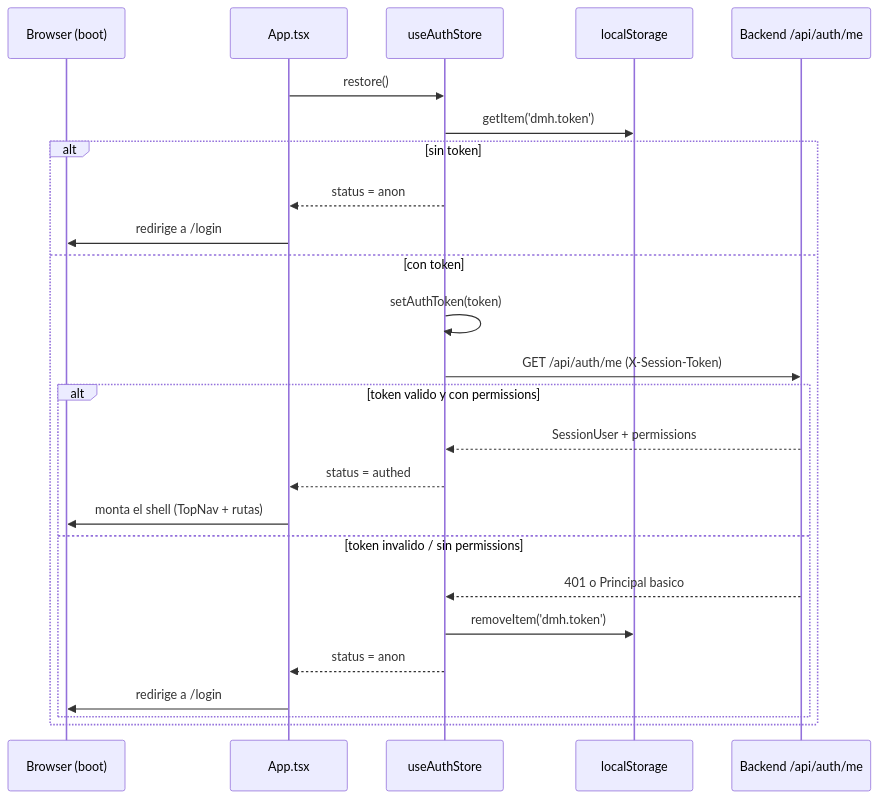
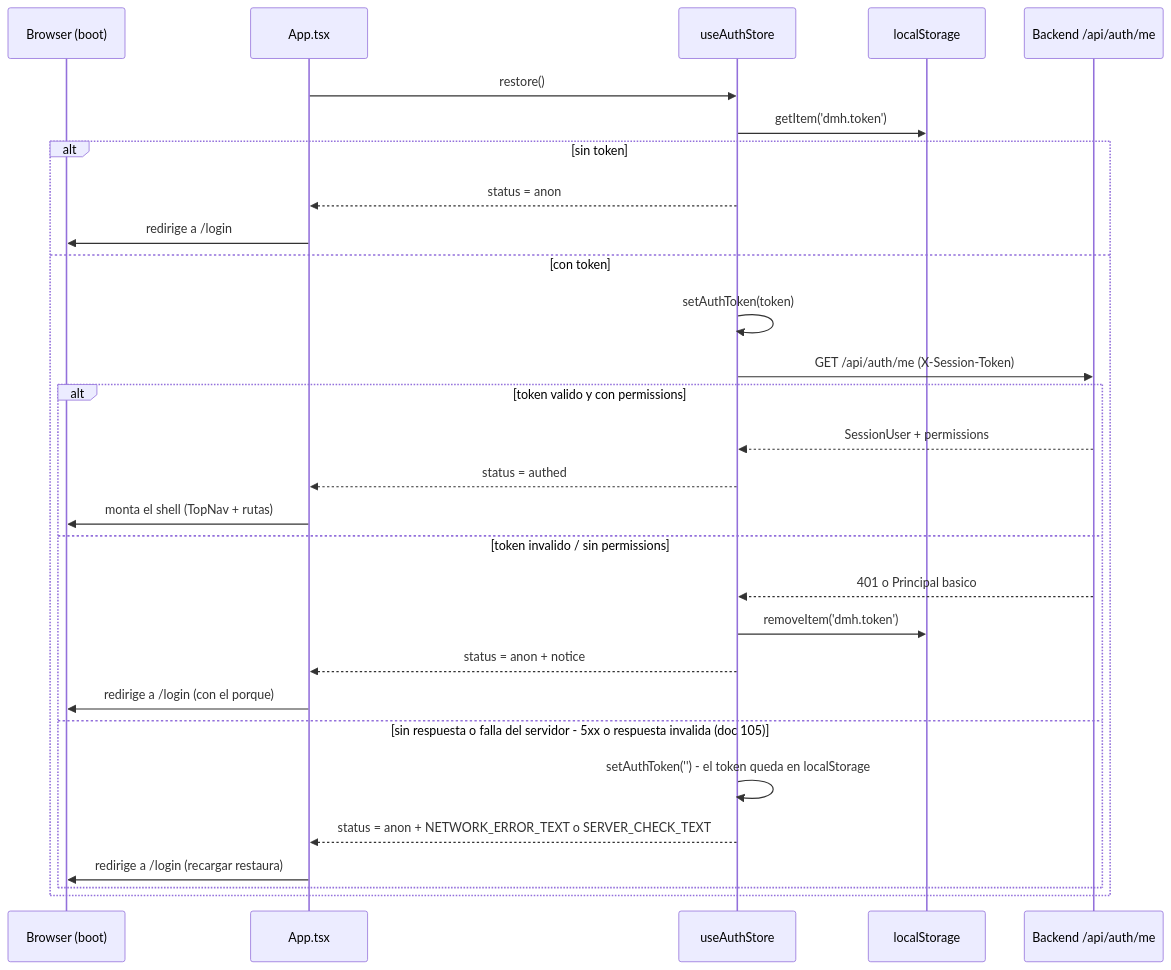
Before and after one commit to Carlosmps97/web-data-model-hub: the second of 5 diagrams in doc/seguridad.md, drawn with Mermaid. The commit also changed other lines of this file and 209 other files, not shown here.

````diff
--- a/doc/seguridad.md
+++ b/doc/seguridad.md
@@ -154,28 +184,32 @@
 ```mermaid
 sequenceDiagram
     participant B as Browser (boot)
     participant App as App.tsx
     participant Store as useAuthStore
     participant LS as localStorage
     participant API as Backend /api/auth/me
 
     App->>Store: restore()
     Store->>LS: getItem('dmh.token')
     alt sin token
         Store-->>App: status = anon
         App->>B: redirige a /login
     else con token
         Store->>Store: setAuthToken(token)
         Store->>API: GET /api/auth/me (X-Session-Token)
         alt token valido y con permissions
             API-->>Store: SessionUser + permissions
             Store-->>App: status = authed
             App->>B: monta el shell (TopNav + rutas)
         else token invalido / sin permissions
             API-->>Store: 401 o Principal basico
             Store->>LS: removeItem('dmh.token')
-            Store-->>App: status = anon
-            App->>B: redirige a /login
+            Store-->>App: status = anon + notice
+            App->>B: redirige a /login (con el porque)
+        else sin respuesta o falla del servidor - 5xx o respuesta invalida (doc 105)
+            Store->>Store: setAuthToken('') - el token queda en localStorage
+            Store-->>App: status = anon + NETWORK_ERROR_TEXT o SERVER_CHECK_TEXT
+            App->>B: redirige a /login (recargar restaura)
         end
     end
 ```
````
